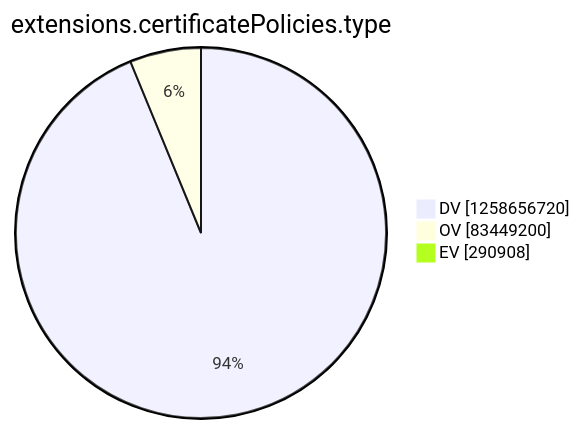
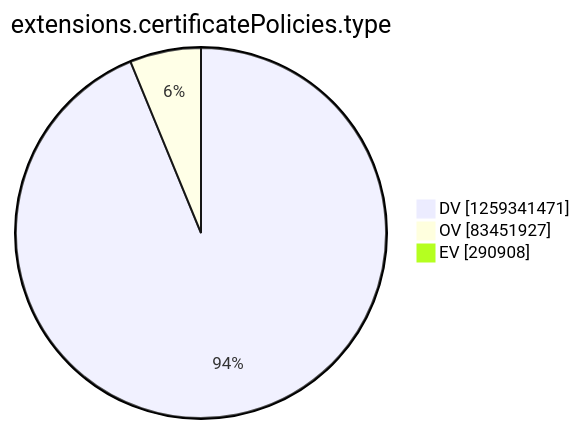
One commit to christiankrug/ctmonitor_visualization changed the tenth of 15 diagrams in argon2022/README.md. Above: the diagram before and after it, drawn with Mermaid. The commit also changed other lines of this file, not shown here.

````diff
--- a/argon2022/README.md
+++ b/argon2022/README.md
@@ -2771,7 +2771,7 @@
 ```mermaid
 pie showData
 title extensions.certificatePolicies.type
-"DV" :1258656720
-"OV" :83449200
+"DV" :1259341471
+"OV" :83451927
 "EV" :290908
 ```
````
